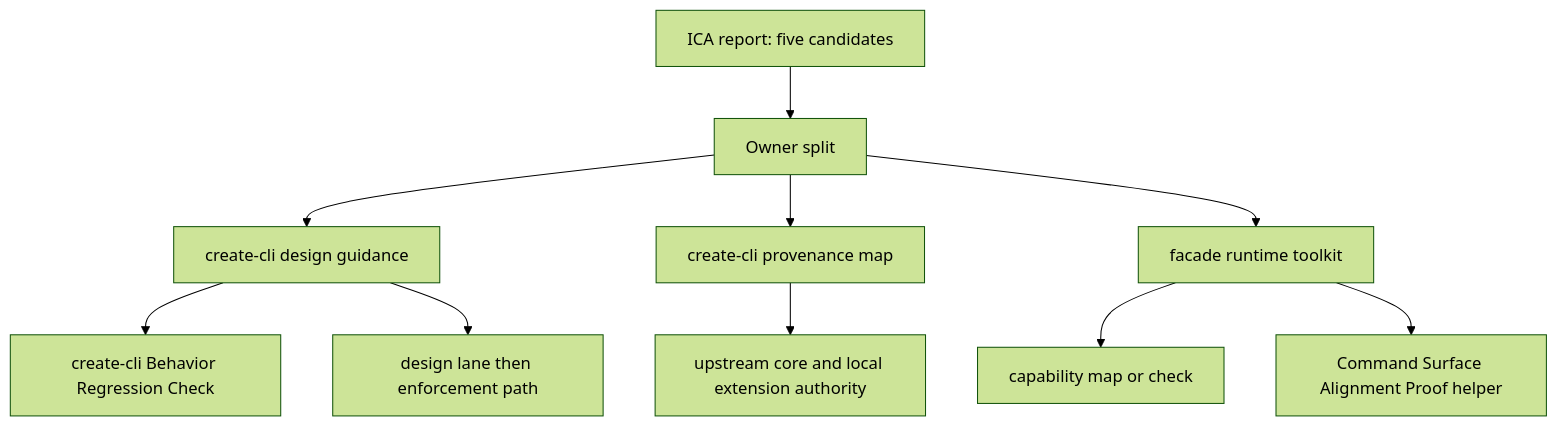
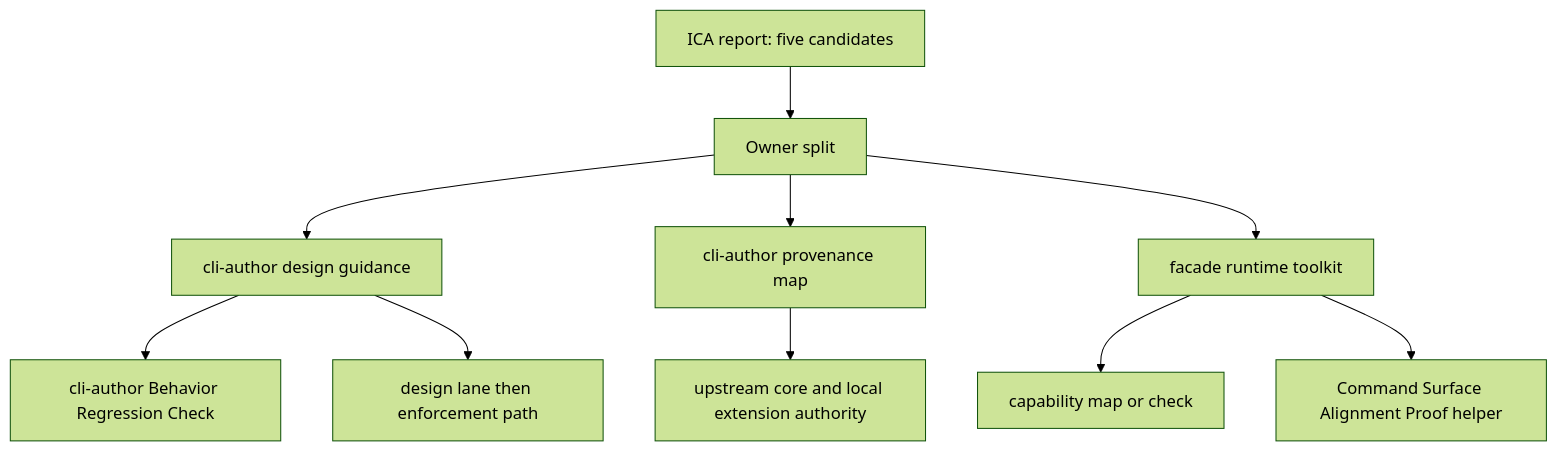
One commit to nathanvale/claude-code-config changed the diagram in docs/brainstorms/2026-06-16-create-cli-architecture-deepening-requirements.md. Above: the diagram before and after it, drawn with Mermaid (forest theme). The commit also changed other lines of this file and 134 other files, not shown here.

First line of the commit message:
refactor(cli-author): rename CLI authoring skill

````diff
--- a/docs/brainstorms/2026-06-16-create-cli-architecture-deepening-requirements.md
+++ b/docs/brainstorms/2026-06-16-create-cli-architecture-deepening-requirements.md
@@ -44,12 +44,12 @@
 ```mermaid
 flowchart TB
   Report["ICA report: five candidates"] --> Split["Owner split"]
-  Split --> Create["create-cli design guidance"]
-  Split --> Provenance["create-cli provenance map"]
+  Split --> Create["cli-author design guidance"]
+  Split --> Provenance["cli-author provenance map"]
   Split --> Runtime["facade runtime toolkit"]
-  Create --> Check["create-cli Behavior Regression Check"]
+  Create --> Check["cli-author Behavior Regression Check"]
   Create --> Router["design lane then enforcement path"]
   Provenance --> Authority["upstream core and local extension authority"]
   Runtime --> Capability["capability map or check"]
   Runtime --> Proof["Command Surface Alignment Proof helper"]
 ```
````
